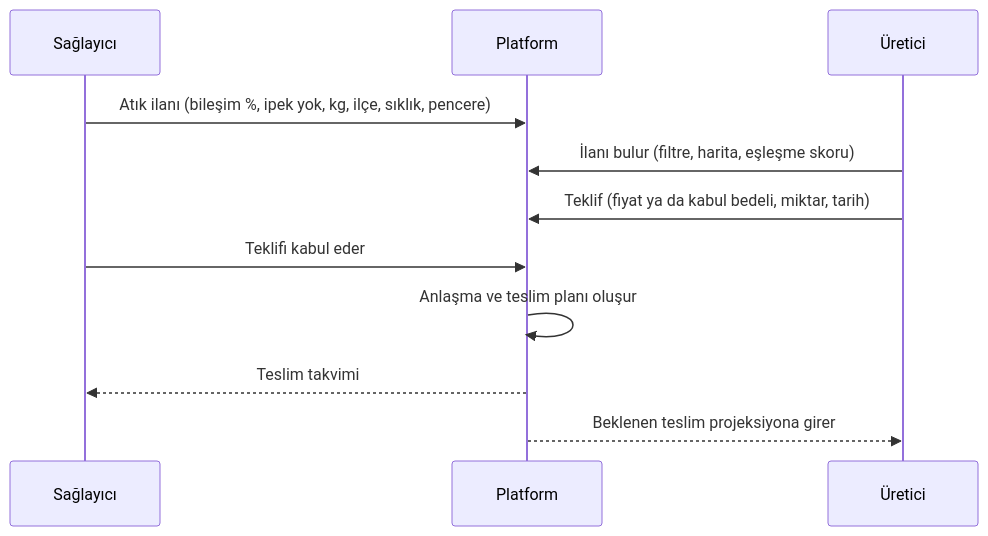
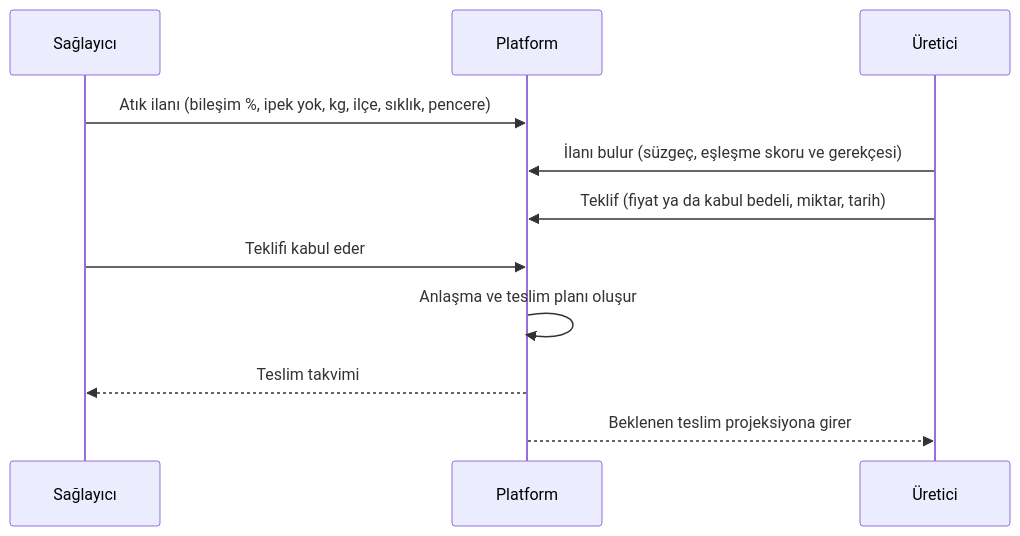
One commit to MaNga-003/reboard changed the diagram in docs/PRODUCT.md. Above: the diagram before and after it, drawn with Mermaid. The commit also changed other lines of this file and 36 other files, not shown here.

````diff
--- a/docs/PRODUCT.md
+++ b/docs/PRODUCT.md
@@ -29,13 +29,13 @@
 ```mermaid
 sequenceDiagram
   participant S as Sağlayıcı
   participant P as Platform
   participant U as Üretici
   S->>P: Atık ilanı (bileşim %, ipek yok, kg, ilçe, sıklık, pencere)
-  U->>P: İlanı bulur (filtre, harita, eşleşme skoru)
+  U->>P: İlanı bulur (süzgeç, eşleşme skoru ve gerekçesi)
   U->>P: Teklif (fiyat ya da kabul bedeli, miktar, tarih)
   S->>P: Teklifi kabul eder
   P->>P: Anlaşma ve teslim planı oluşur
   P-->>S: Teslim takvimi
   P-->>U: Beklenen teslim projeksiyona girer
 ```
````
